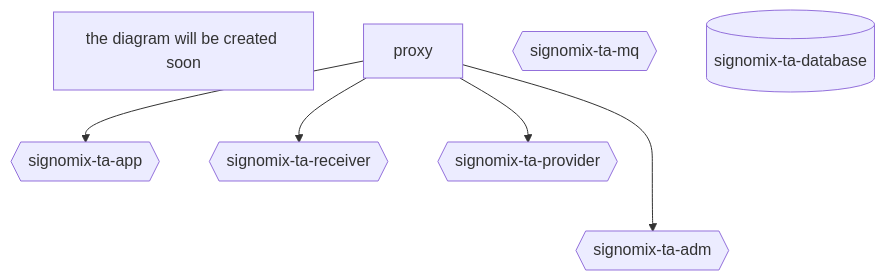
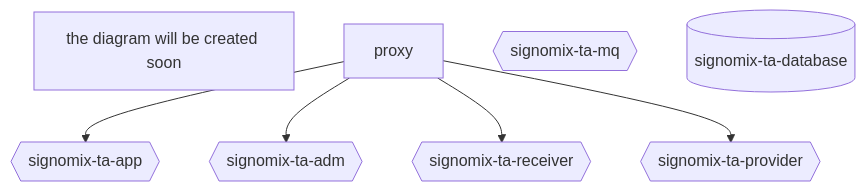
Before and after one commit to signomix/signomix: the diagram in README.md, drawn with Mermaid.

````diff
--- a/README.md
+++ b/README.md
@@ -23,15 +23,15 @@
 ```mermaid
 flowchart TD
   info1[the diagram will be created soon]
   proxy
   ta-app{{signomix-ta-app}}
   ta-adm{{signomix-ta-adm}}
   ta-receiver{{signomix-ta-receiver}}
   ta-provider{{signomix-ta-provider}}
   ta-mq{{signomix-ta-mq}}
   ta-database[(signomix-ta-database)]
   proxy --> ta-app
-  proxy ---> ta-adm
+  proxy --> ta-adm
   proxy --> ta-receiver
   proxy --> ta-provider
 ```
````
